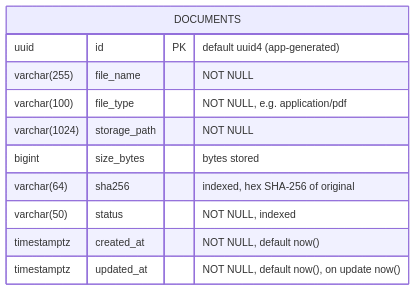
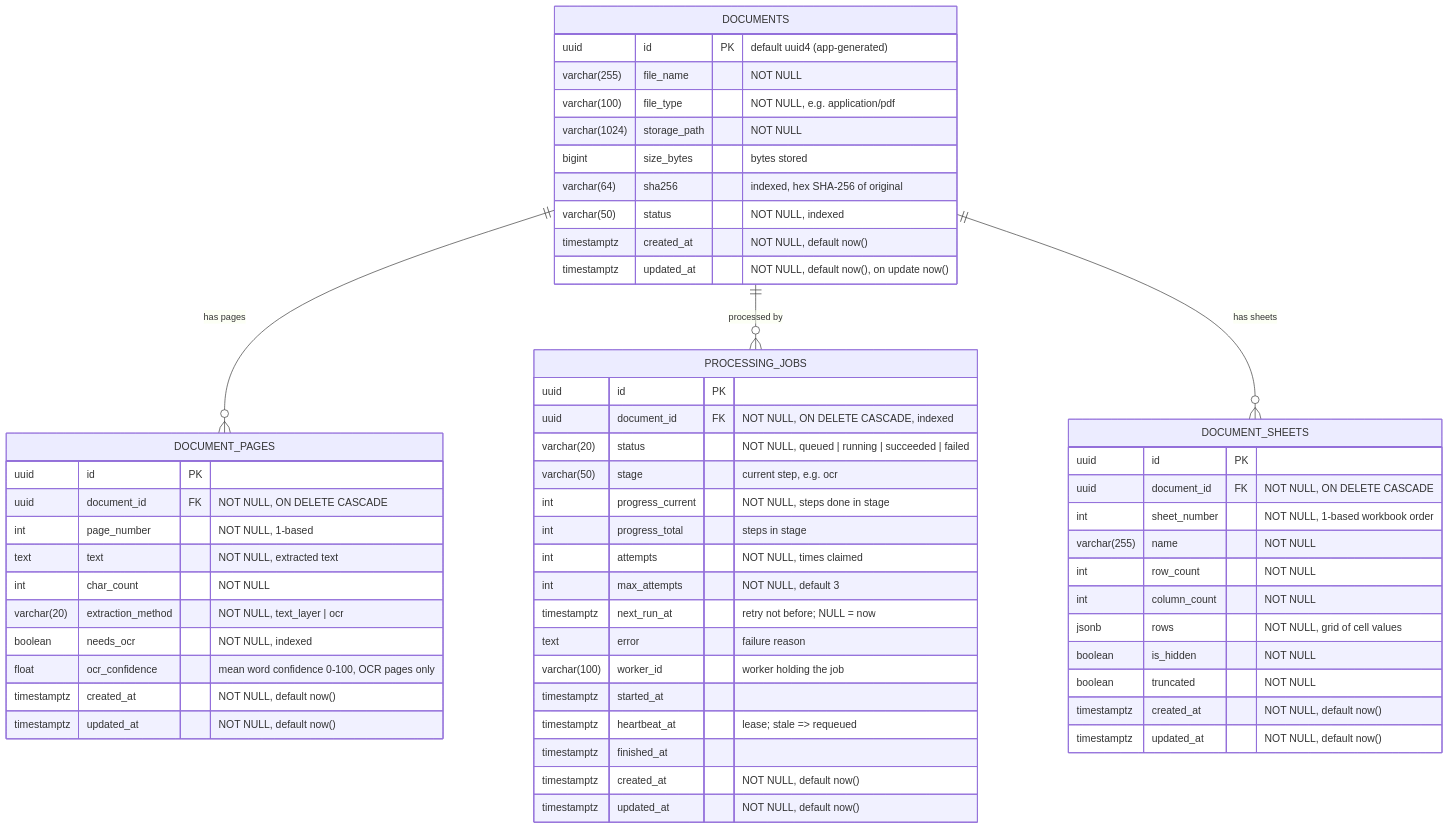
One commit to diptu/docIS changed the diagram in backend/docs/database_schema.md. Above: the diagram before and after it, drawn with Mermaid. The commit also changed other lines of this file and 54 other files, not shown here.

Commit message:
Document Processing

````diff
--- a/backend/docs/database_schema.md
+++ b/backend/docs/database_schema.md
@@ -5,14 +5,64 @@
 ```mermaid
 erDiagram
     DOCUMENTS {
         uuid id PK "default uuid4 (app-generated)"
         varchar(255) file_name "NOT NULL"
         varchar(100) file_type "NOT NULL, e.g. application/pdf"
         varchar(1024) storage_path "NOT NULL"
         bigint size_bytes "bytes stored"
         varchar(64) sha256 "indexed, hex SHA-256 of original"
         varchar(50) status "NOT NULL, indexed"
         timestamptz created_at "NOT NULL, default now()"
         timestamptz updated_at "NOT NULL, default now(), on update now()"
     }
+
+    DOCUMENT_PAGES {
+        uuid id PK
+        uuid document_id FK "NOT NULL, ON DELETE CASCADE"
+        int page_number "NOT NULL, 1-based"
+        text text "NOT NULL, extracted text"
+        int char_count "NOT NULL"
+        varchar(20) extraction_method "NOT NULL, text_layer | ocr"
+        boolean needs_ocr "NOT NULL, indexed"
+        float ocr_confidence "mean word confidence 0-100, OCR pages only"
+        timestamptz created_at "NOT NULL, default now()"
+        timestamptz updated_at "NOT NULL, default now()"
+    }
+
+    DOCUMENT_SHEETS {
+        uuid id PK
+        uuid document_id FK "NOT NULL, ON DELETE CASCADE"
+        int sheet_number "NOT NULL, 1-based workbook order"
+        varchar(255) name "NOT NULL"
+        int row_count "NOT NULL"
+        int column_count "NOT NULL"
+        jsonb rows "NOT NULL, grid of cell values"
+        boolean is_hidden "NOT NULL"
+        boolean truncated "NOT NULL"
+        timestamptz created_at "NOT NULL, default now()"
+        timestamptz updated_at "NOT NULL, default now()"
+    }
+
+    PROCESSING_JOBS {
+        uuid id PK
+        uuid document_id FK "NOT NULL, ON DELETE CASCADE, indexed"
+        varchar(20) status "NOT NULL, queued | running | succeeded | failed"
+        varchar(50) stage "current step, e.g. ocr"
+        int progress_current "NOT NULL, steps done in stage"
+        int progress_total "steps in stage"
+        int attempts "NOT NULL, times claimed"
+        int max_attempts "NOT NULL, default 3"
+        timestamptz next_run_at "retry not before; NULL = now"
+        text error "failure reason"
+        varchar(100) worker_id "worker holding the job"
+        timestamptz started_at
+        timestamptz heartbeat_at "lease; stale => requeued"
+        timestamptz finished_at
+        timestamptz created_at "NOT NULL, default now()"
+        timestamptz updated_at "NOT NULL, default now()"
+    }
+
+    DOCUMENTS ||--o{ DOCUMENT_PAGES : "has pages"
+    DOCUMENTS ||--o{ PROCESSING_JOBS : "processed by"
+    DOCUMENTS ||--o{ DOCUMENT_SHEETS : "has sheets"
 ```
````
